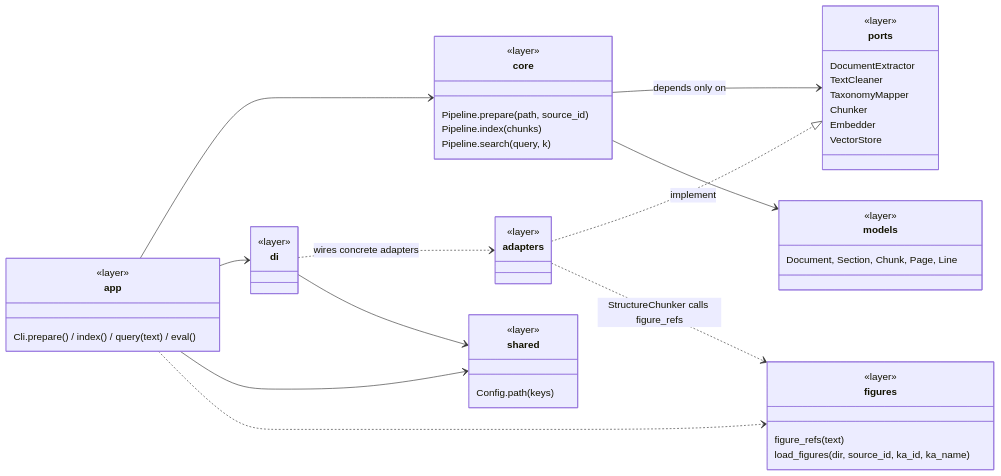
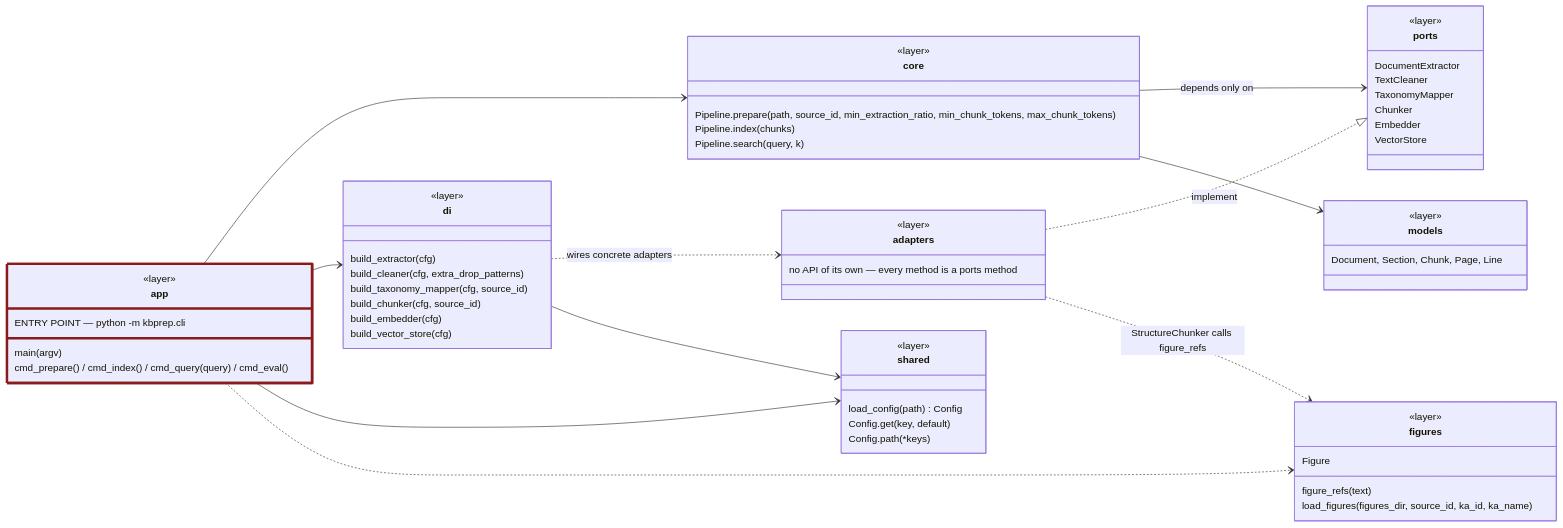
Before and after one commit to SzatanKluska/MCPSWEBOK: the second of 19 diagrams in docs/architecture/system-class-diagram.md, drawn with Mermaid. The commit also changed other lines of this file and 2 other files, not shown here.

Commit message:
update system-class-diagram

````diff
--- a/docs/architecture/system-class-diagram.md
+++ b/docs/architecture/system-class-diagram.md
@@ -39,44 +51,59 @@
 ```mermaid
 classDiagram
   direction LR
 
   class ports { <<layer>>
     DocumentExtractor
     TextCleaner
     TaxonomyMapper
     Chunker
     Embedder
     VectorStore
   }
   class core { <<layer>>
-    Pipeline.prepare(path, source_id)
+    Pipeline.prepare(path, source_id, min_extraction_ratio, min_chunk_tokens, max_chunk_tokens)
     Pipeline.index(chunks)
     Pipeline.search(query, k)
   }
-  class adapters { <<layer>> }
+  class adapters { <<layer>>
+    no API of its own — every method is a ports method
+  }
   class models { <<layer>>
     Document, Section, Chunk, Page, Line
   }
   class figures { <<layer>>
     figure_refs(text)
-    load_figures(dir, source_id, ka_id, ka_name)
+    load_figures(figures_dir, source_id, ka_id, ka_name)
+    Figure
   }
-  class di { <<layer>> }
+  class di { <<layer>>
+    build_extractor(cfg)
+    build_cleaner(cfg, extra_drop_patterns)
+    build_taxonomy_mapper(cfg, source_id)
+    build_chunker(cfg, source_id)
+    build_embedder(cfg)
+    build_vector_store(cfg)
+  }
   class shared { <<layer>>
-    Config.path(keys)
+    load_config(path) Config
+    Config.get(key, default)
+    Config.path(*keys)
   }
   class app { <<layer>>
-    Cli.prepare() / index() / query(text) / eval()
+    ENTRY POINT — python -m kbprep.cli
+    main(argv)
+    cmd_prepare() / cmd_index() / cmd_query(query) / cmd_eval()
   }
 
   adapters ..|> ports : implement
   core --> ports : depends only on
   core --> models
   adapters ..> figures : StructureChunker calls figure_refs
   di ..> adapters : wires concrete adapters
   di --> shared
   app --> core
   app --> di
   app --> shared
   app ..> figures
+  style app stroke:#8B1A1A,stroke-width:4px
 ```
````
